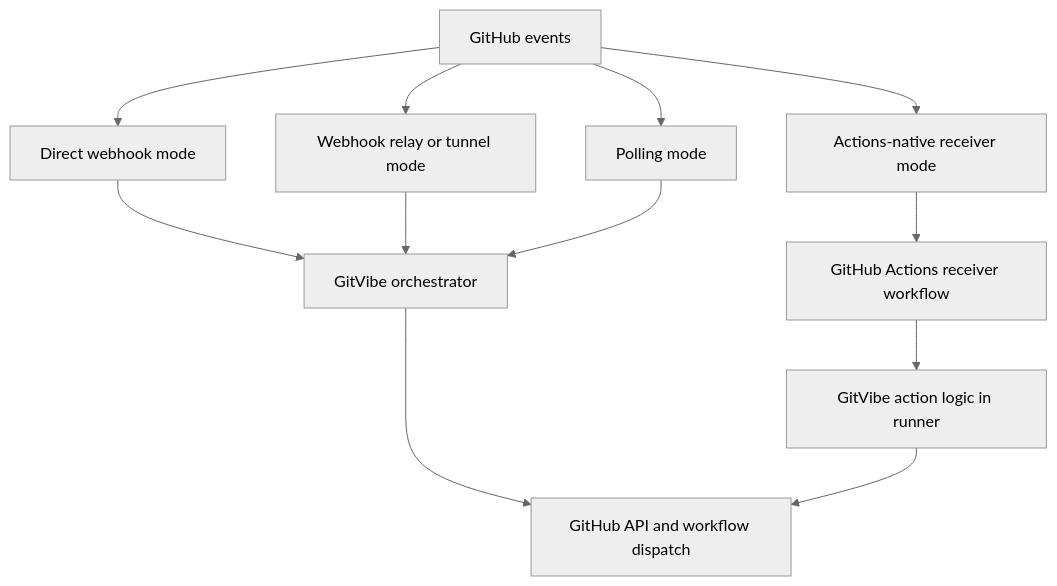
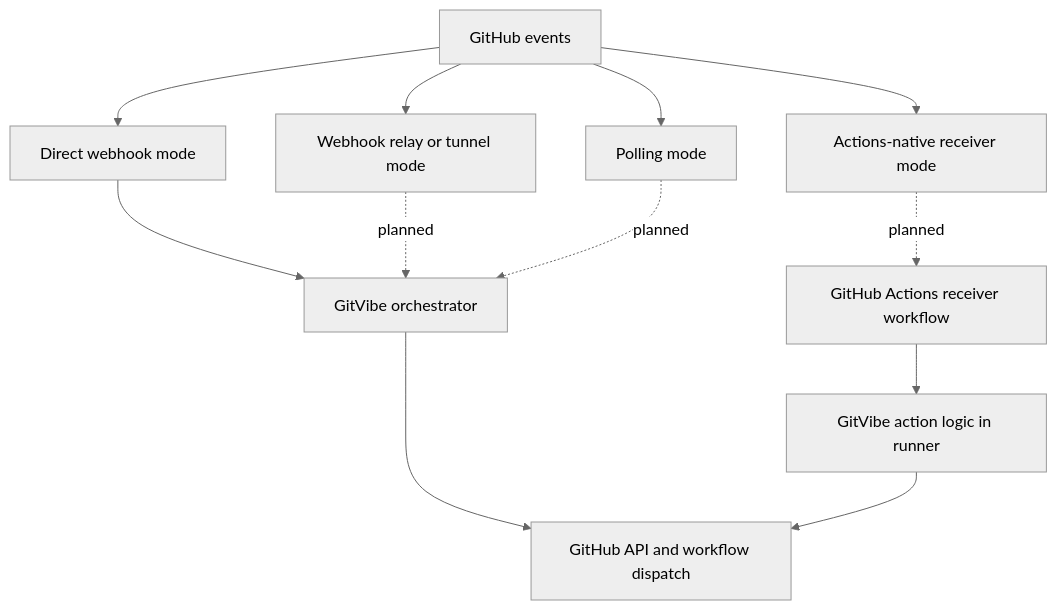
Before and after one commit to markhuangai/git-vibe: the third of 3 diagrams in docs/ARCHITECTURE.md, drawn with Mermaid (neutral theme). The commit also changed other lines of this file and 4 other files, not shown here.

````diff
--- a/docs/ARCHITECTURE.md
+++ b/docs/ARCHITECTURE.md
@@ -92,16 +95,16 @@
 ```mermaid
 flowchart TD
   GH[GitHub events] --> A[Direct webhook mode]
   GH --> B[Webhook relay or tunnel mode]
   GH --> C[Actions-native receiver mode]
   GH --> D[Polling mode]
 
   A --> O[GitVibe orchestrator]
-  B --> O
-  C --> W[GitHub Actions receiver workflow]
-  D --> O
+  B -. planned .-> O
+  C -. planned .-> W[GitHub Actions receiver workflow]
+  D -. planned .-> O
 
   W --> O2[GitVibe action logic in runner]
   O --> API[GitHub API and workflow dispatch]
   O2 --> API
 ```
````
